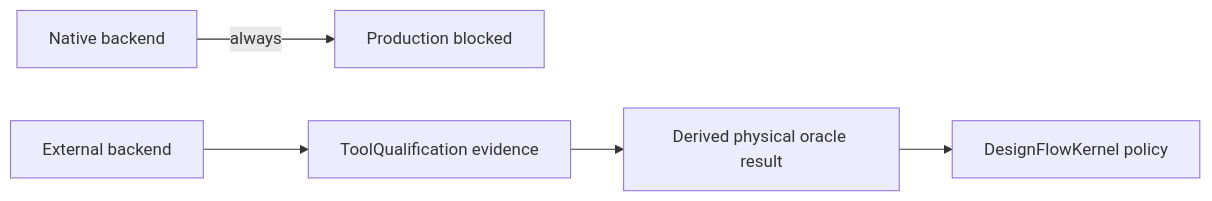
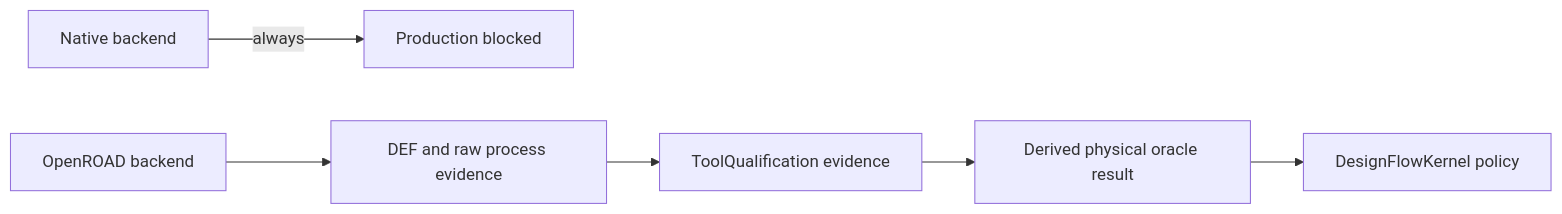
The diagram in CAPABILITY.md (1amageek/PhysicalDesignEngine), drawn with Mermaid before and after one commit. The commit also changed other lines of this file and 30 other files, not shown here.

Commit message:
Add production OpenROAD execution path

````diff
--- a/CAPABILITY.md
+++ b/CAPABILITY.md
@@ -43,7 +45,8 @@
 ```mermaid
 flowchart LR
   Native["Native backend"] -->|always| Blocked["Production blocked"]
-  External["External backend"] --> TQ["ToolQualification evidence"]
+  External["OpenROAD backend"] --> Raw["DEF and raw process evidence"]
+  Raw --> TQ["ToolQualification evidence"]
   TQ --> Correlation["Derived physical oracle result"]
   Correlation --> Policy["DesignFlowKernel policy"]
 ```
````
